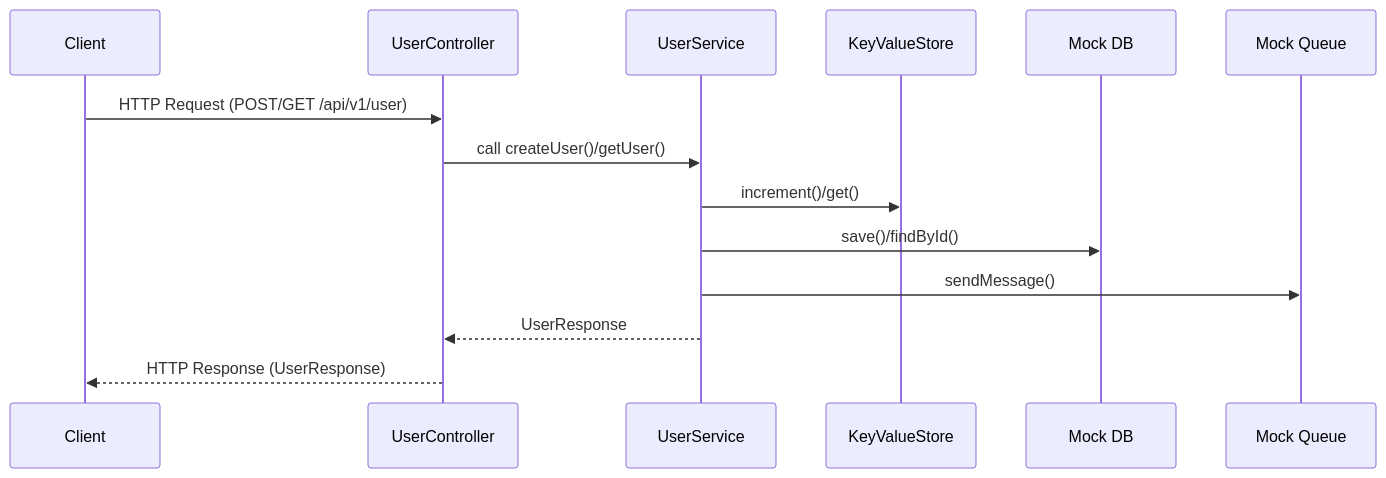
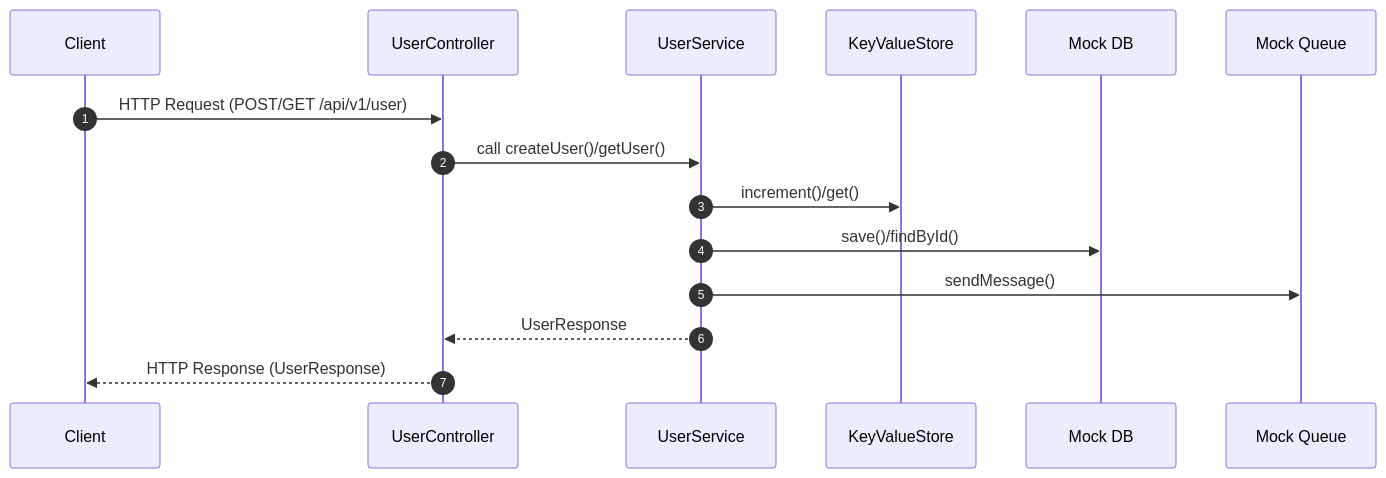
Before and after one commit to coyote7wolf/coyote7wolf: the second of 2 diagrams in src/kotlin/kotlin-spring-boot_user-service/README.md, drawn with Mermaid.

Commit message:
✨ feat(README): add autonumber to Data Flow Diagram for better clarity

````diff
--- a/src/kotlin/kotlin-spring-boot_user-service/README.md
+++ b/src/kotlin/kotlin-spring-boot_user-service/README.md
@@ -22,16 +22,17 @@
 ```mermaid
 sequenceDiagram
+autonumber
   participant Client
   participant Controller as UserController
   participant Service as UserService
   participant KV as KeyValueStore
   participant DB as Mock DB
   participant Q as Mock Queue
   Client->>Controller: HTTP Request (POST/GET /api/v1/user)
   Controller->>Service: call createUser()/getUser()
   Service->>KV: increment()/get()
   Service->>DB: save()/findById()
   Service->>Q: sendMessage()
   Service-->>Controller: UserResponse
   Controller-->>Client: HTTP Response (UserResponse)
 ```
````
